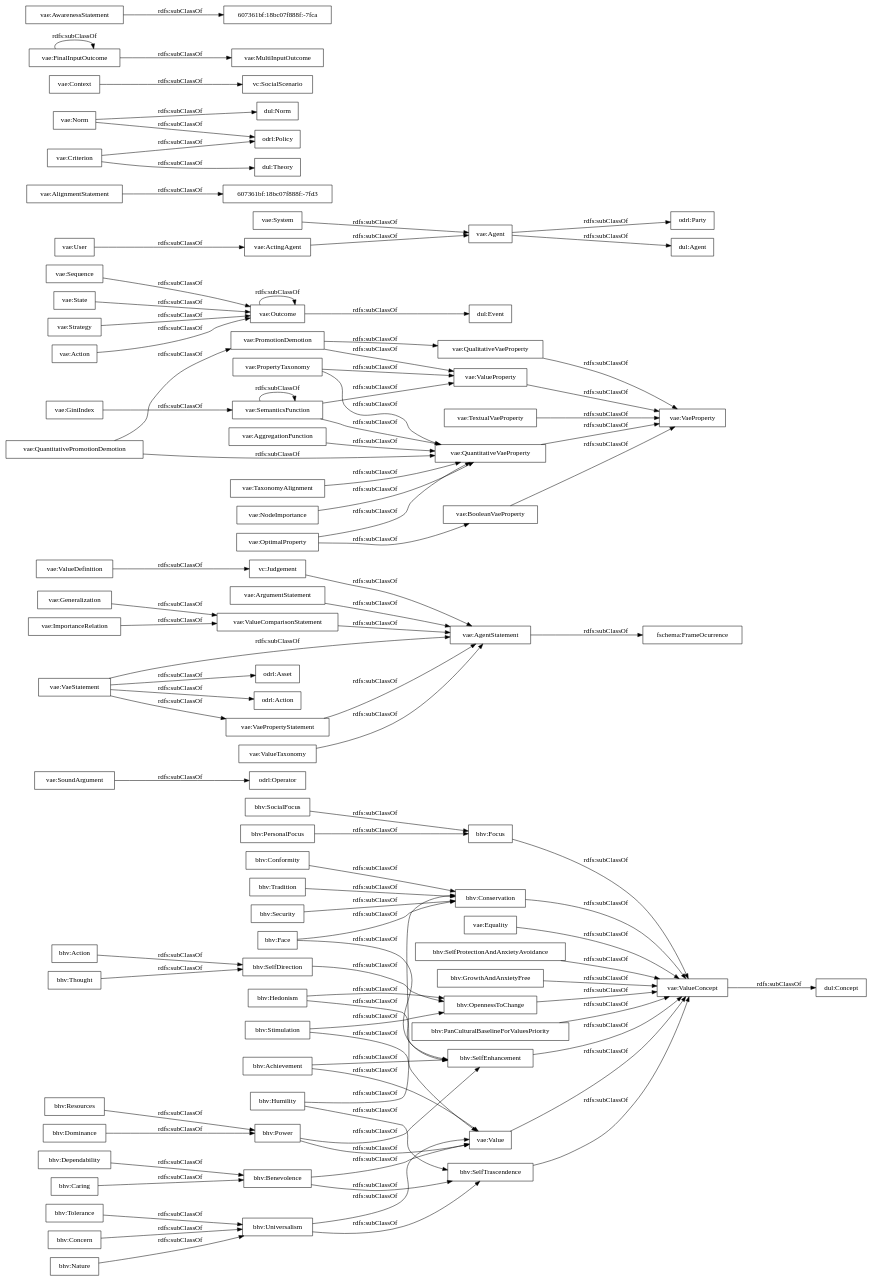
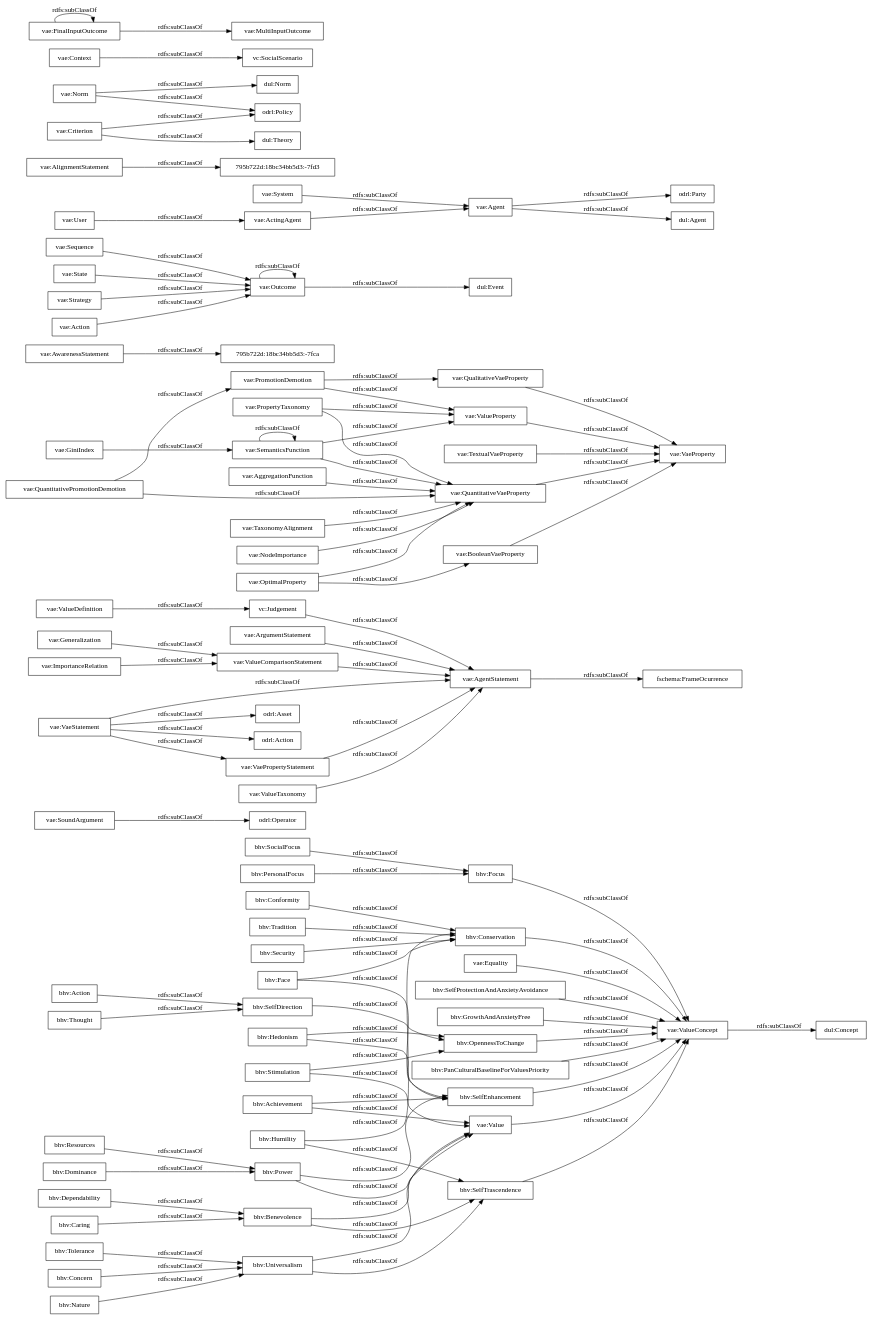
Before and after one commit to andresh26-uam/vae-ontology: the diagram in OnToology/vaeontology-v000.rdf/diagrams/ar2dtool-taxonomy/vaeontology-v000.rdf.png.dot, drawn with Graphviz. The commit also changed 17 other files, not shown here.

```diff
--- a/OnToology/vaeontology-v000.rdf/diagrams/ar2dtool-taxonomy/vaeontology-v000.rdf.png.dot
+++ b/OnToology/vaeontology-v000.rdf/diagrams/ar2dtool-taxonomy/vaeontology-v000.rdf.png.dot
@@ -1,102 +1,102 @@
 digraph ar2dtool_diagram { 
 rankdir=LR;
 size="1000"
-node [shape = rectangle, color="black"]; "bhv:Stimulation" "odrl:Operator" "vae:ValueDefinition" "vae:PropertyTaxonomy" "bhv:Tolerance" "vae:VaeProperty" "vae:QuantitativeVaeProperty" "vae:Sequence" "odrl:Party" "bhv:Tradition" "vae:Equality" "vae:AlignmentStatement" "bhv:SocialFocus" "dul:Norm" "vae:Context" "bhv:Dominance" "vae:Generalization" "vae:MultiInputOutcome" "vae:TextualVaeProperty" "vae:AwarenessStatement" "bhv:Security" "dul:Agent" "vae:AggregationFunction" "bhv:SelfDirection" "vc:SocialScenario" "vae:System" "vae:Outcome" "vae:AgentStatement" "vae:Value" "odrl:Policy" "dul:Theory" "bhv:SelfProtectionAndAnxietyAvoidance" "vae:Criterion" "fschema:FrameOcurrence" "vae:FinalInputOutcome" "vae:ArgumentStatement" "vae:ValueProperty" "vae:ValueComparisonStatement" "607361bf:18bc07f888f:-7fca" "dul:Concept" "bhv:Hedonism" "vae:VaeStatement" "odrl:Asset" "bhv:Concern" "vae:State" "vae:SoundArgument" "vae:ValueConcept" "bhv:GrowthAndAnxietyFree" "bhv:Thought" "bhv:Humility" "vae:QualitativeVaeProperty" "vae:Strategy" "bhv:Focus" "vae:ActingAgent" "bhv:Power" "bhv:Nature" "bhv:Benevolence" "bhv:Achievement" "vae:BooleanVaeProperty" "odrl:Action" "bhv:PanCulturalBaselineForValuesPriority" "vae:ImportanceRelation" "bhv:SelfTrascendence" "vae:Norm" "vae:OptimalProperty" "vae:TaxonomyAlignment" "bhv:Action" "bhv:Caring" "bhv:Resources" "bhv:Face" "vae:ValueTaxonomy" "vae:QuantitativePromotionDemotion" "vae:GiniIndex" "vae:User" "dul:Event" "bhv:Dependability" "bhv:Conformity" "607361bf:18bc07f888f:-7fd3" "vae:VaePropertyStatement" "bhv:Conservation" "vae:SemanticsFunction" "vae:Agent" "vae:PromotionDemotion" "vae:Action" "vae:NodeImportance" "bhv:Universalism" "vc:Judgement" "bhv:SelfEnhancement" "bhv:OpennessToChange" "bhv:PersonalFocus" ; /*classes style*/
+node [shape = rectangle, color="black"]; "bhv:Stimulation" "odrl:Operator" "vae:ValueDefinition" "vae:PropertyTaxonomy" "bhv:Tolerance" "vae:VaeProperty" "795b722d:18bc34bb5d3:-7fca" "vae:QuantitativeVaeProperty" "vae:Sequence" "odrl:Party" "bhv:Tradition" "vae:Equality" "vae:AlignmentStatement" "bhv:SocialFocus" "dul:Norm" "vae:Context" "bhv:Dominance" "vae:Generalization" "vae:MultiInputOutcome" "vae:TextualVaeProperty" "vae:AwarenessStatement" "bhv:Security" "dul:Agent" "vae:AggregationFunction" "bhv:SelfDirection" "vc:SocialScenario" "vae:System" "vae:AgentStatement" "vae:Outcome" "795b722d:18bc34bb5d3:-7fd3" "vae:Value" "odrl:Policy" "dul:Theory" "bhv:SelfProtectionAndAnxietyAvoidance" "vae:Criterion" "fschema:FrameOcurrence" "vae:FinalInputOutcome" "vae:ArgumentStatement" "vae:ValueProperty" "vae:ValueComparisonStatement" "dul:Concept" "bhv:Hedonism" "vae:VaeStatement" "odrl:Asset" "bhv:Concern" "vae:State" "vae:SoundArgument" "vae:ValueConcept" "bhv:GrowthAndAnxietyFree" "bhv:Thought" "bhv:Humility" "vae:QualitativeVaeProperty" "vae:Strategy" "bhv:Focus" "vae:ActingAgent" "bhv:Power" "bhv:Nature" "bhv:Benevolence" "bhv:Achievement" "vae:BooleanVaeProperty" "odrl:Action" "bhv:PanCulturalBaselineForValuesPriority" "vae:ImportanceRelation" "bhv:SelfTrascendence" "vae:Norm" "vae:OptimalProperty" "vae:TaxonomyAlignment" "bhv:Action" "bhv:Caring" "bhv:Resources" "bhv:Face" "vae:ValueTaxonomy" "vae:QuantitativePromotionDemotion" "vae:GiniIndex" "vae:User" "dul:Event" "bhv:Dependability" "bhv:Conformity" "vae:VaePropertyStatement" "bhv:Conservation" "vae:SemanticsFunction" "vae:Agent" "vae:PromotionDemotion" "vae:Action" "vae:NodeImportance" "bhv:Universalism" "vc:Judgement" "bhv:SelfEnhancement" "bhv:OpennessToChange" "bhv:PersonalFocus" ; /*classes style*/
 	"vae:GiniIndex" -> "vae:SemanticsFunction" [ label = "rdfs:subClassOf" ];
 	"vae:Strategy" -> "vae:Outcome" [ label = "rdfs:subClassOf" ];
 	"bhv:Face" -> "bhv:SelfEnhancement" [ label = "rdfs:subClassOf" ];
 	"bhv:Face" -> "bhv:Conservation" [ label = "rdfs:subClassOf" ];
 	"bhv:Universalism" -> "bhv:SelfTrascendence" [ label = "rdfs:subClassOf" ];
 	"bhv:Universalism" -> "vae:Value" [ label = "rdfs:subClassOf" ];
 	"bhv:Power" -> "bhv:SelfEnhancement" [ label = "rdfs:subClassOf" ];
 	"bhv:Power" -> "vae:Value" [ label = "rdfs:subClassOf" ];
 	"vae:Outcome" -> "vae:Outcome" [ label = "rdfs:subClassOf" ];
 	"vae:Outcome" -> "dul:Event" [ label = "rdfs:subClassOf" ];
 	"vae:ValueComparisonStatement" -> "vae:AgentStatement" [ label = "rdfs:subClassOf" ];
 	"vae:Sequence" -> "vae:Outcome" [ label = "rdfs:subClassOf" ];
 	"vae:Generalization" -> "vae:ValueComparisonStatement" [ label = "rdfs:subClassOf" ];
 	"vae:OptimalProperty" -> "vae:QuantitativeVaeProperty" [ label = "rdfs:subClassOf" ];
 	"vae:OptimalProperty" -> "vae:BooleanVaeProperty" [ label = "rdfs:subClassOf" ];
 	"vae:SemanticsFunction" -> "vae:ValueProperty" [ label = "rdfs:subClassOf" ];
 	"vae:SemanticsFunction" -> "vae:SemanticsFunction" [ label = "rdfs:subClassOf" ];
 	"vae:SemanticsFunction" -> "vae:QuantitativeVaeProperty" [ label = "rdfs:subClassOf" ];
 	"bhv:OpennessToChange" -> "vae:ValueConcept" [ label = "rdfs:subClassOf" ];
 	"vae:AgentStatement" -> "fschema:FrameOcurrence" [ label = "rdfs:subClassOf" ];
 	"vae:BooleanVaeProperty" -> "vae:VaeProperty" [ label = "rdfs:subClassOf" ];
 	"vae:Norm" -> "odrl:Policy" [ label = "rdfs:subClassOf" ];
 	"vae:Norm" -> "dul:Norm" [ label = "rdfs:subClassOf" ];
 	"bhv:Tolerance" -> "bhv:Universalism" [ label = "rdfs:subClassOf" ];
 	"bhv:Tradition" -> "bhv:Conservation" [ label = "rdfs:subClassOf" ];
 	"vae:ValueTaxonomy" -> "vae:AgentStatement" [ label = "rdfs:subClassOf" ];
 	"bhv:Nature" -> "bhv:Universalism" [ label = "rdfs:subClassOf" ];
 	"bhv:SelfTrascendence" -> "vae:ValueConcept" [ label = "rdfs:subClassOf" ];
 	"vae:VaeStatement" -> "vae:VaePropertyStatement" [ label = "rdfs:subClassOf" ];
 	"vae:VaeStatement" -> "vae:AgentStatement" [ label = "rdfs:subClassOf" ];
 	"vae:VaeStatement" -> "odrl:Asset" [ label = "rdfs:subClassOf" ];
 	"vae:VaeStatement" -> "odrl:Action" [ label = "rdfs:subClassOf" ];
 	"bhv:Resources" -> "bhv:Power" [ label = "rdfs:subClassOf" ];
 	"bhv:SocialFocus" -> "bhv:Focus" [ label = "rdfs:subClassOf" ];
 	"vae:Context" -> "vc:SocialScenario" [ label = "rdfs:subClassOf" ];
 	"bhv:Focus" -> "vae:ValueConcept" [ label = "rdfs:subClassOf" ];
 	"vae:Equality" -> "vae:ValueConcept" [ label = "rdfs:subClassOf" ];
 	"bhv:SelfEnhancement" -> "vae:ValueConcept" [ label = "rdfs:subClassOf" ];
 	"bhv:Benevolence" -> "bhv:SelfTrascendence" [ label = "rdfs:subClassOf" ];
 	"bhv:Benevolence" -> "vae:Value" [ label = "rdfs:subClassOf" ];
 	"bhv:Caring" -> "bhv:Benevolence" [ label = "rdfs:subClassOf" ];
 	"bhv:Concern" -> "bhv:Universalism" [ label = "rdfs:subClassOf" ];
 	"vae:Criterion" -> "odrl:Policy" [ label = "rdfs:subClassOf" ];
 	"vae:Criterion" -> "dul:Theory" [ label = "rdfs:subClassOf" ];
 	"vae:PromotionDemotion" -> "vae:ValueProperty" [ label = "rdfs:subClassOf" ];
 	"vae:PromotionDemotion" -> "vae:QualitativeVaeProperty" [ label = "rdfs:subClassOf" ];
 	"bhv:Achievement" -> "bhv:SelfEnhancement" [ label = "rdfs:subClassOf" ];
 	"bhv:Achievement" -> "vae:Value" [ label = "rdfs:subClassOf" ];
 	"bhv:GrowthAndAnxietyFree" -> "vae:ValueConcept" [ label = "rdfs:subClassOf" ];
 	"vae:System" -> "vae:Agent" [ label = "rdfs:subClassOf" ];
 	"vae:ArgumentStatement" -> "vae:AgentStatement" [ label = "rdfs:subClassOf" ];
 	"vae:ValueProperty" -> "vae:VaeProperty" [ label = "rdfs:subClassOf" ];
 	"bhv:Action" -> "bhv:SelfDirection" [ label = "rdfs:subClassOf" ];
 	"vae:NodeImportance" -> "vae:QuantitativeVaeProperty" [ label = "rdfs:subClassOf" ];
 	"vae:PropertyTaxonomy" -> "vae:ValueProperty" [ label = "rdfs:subClassOf" ];
 	"vae:PropertyTaxonomy" -> "vae:QuantitativeVaeProperty" [ label = "rdfs:subClassOf" ];
 	"vae:State" -> "vae:Outcome" [ label = "rdfs:subClassOf" ];
 	"bhv:Conservation" -> "vae:ValueConcept" [ label = "rdfs:subClassOf" ];
 	"vae:VaePropertyStatement" -> "vae:AgentStatement" [ label = "rdfs:subClassOf" ];
 	"vae:User" -> "vae:ActingAgent" [ label = "rdfs:subClassOf" ];
 	"vae:SoundArgument" -> "odrl:Operator" [ label = "rdfs:subClassOf" ];
 	"bhv:Security" -> "bhv:Conservation" [ label = "rdfs:subClassOf" ];
 	"bhv:Conformity" -> "bhv:Conservation" [ label = "rdfs:subClassOf" ];
 	"vc:Judgement" -> "vae:AgentStatement" [ label = "rdfs:subClassOf" ];
 	"bhv:Thought" -> "bhv:SelfDirection" [ label = "rdfs:subClassOf" ];
 	"vae:FinalInputOutcome" -> "vae:MultiInputOutcome" [ label = "rdfs:subClassOf" ];
 	"vae:FinalInputOutcome" -> "vae:FinalInputOutcome" [ label = "rdfs:subClassOf" ];
 	"bhv:SelfProtectionAndAnxietyAvoidance" -> "vae:ValueConcept" [ label = "rdfs:subClassOf" ];
 	"vae:ValueDefinition" -> "vc:Judgement" [ label = "rdfs:subClassOf" ];
 	"vae:TaxonomyAlignment" -> "vae:QuantitativeVaeProperty" [ label = "rdfs:subClassOf" ];
 	"bhv:Stimulation" -> "bhv:OpennessToChange" [ label = "rdfs:subClassOf" ];
 	"bhv:Stimulation" -> "vae:Value" [ label = "rdfs:subClassOf" ];
 	"vae:TextualVaeProperty" -> "vae:VaeProperty" [ label = "rdfs:subClassOf" ];
 	"vae:Action" -> "vae:Outcome" [ label = "rdfs:subClassOf" ];
 	"vae:AggregationFunction" -> "vae:QuantitativeVaeProperty" [ label = "rdfs:subClassOf" ];
-	"vae:AwarenessStatement" -> "607361bf:18bc07f888f:-7fca" [ label = "rdfs:subClassOf" ];
+	"vae:AwarenessStatement" -> "795b722d:18bc34bb5d3:-7fca" [ label = "rdfs:subClassOf" ];
 	"bhv:Dominance" -> "bhv:Power" [ label = "rdfs:subClassOf" ];
 	"vae:QualitativeVaeProperty" -> "vae:VaeProperty" [ label = "rdfs:subClassOf" ];
 	"vae:Agent" -> "odrl:Party" [ label = "rdfs:subClassOf" ];
 	"vae:Agent" -> "dul:Agent" [ label = "rdfs:subClassOf" ];
 	"bhv:PanCulturalBaselineForValuesPriority" -> "vae:ValueConcept" [ label = "rdfs:subClassOf" ];
 	"vae:Value" -> "vae:ValueConcept" [ label = "rdfs:subClassOf" ];
 	"vae:QuantitativeVaeProperty" -> "vae:VaeProperty" [ label = "rdfs:subClassOf" ];
 	"vae:QuantitativePromotionDemotion" -> "vae:QuantitativeVaeProperty" [ label = "rdfs:subClassOf" ];
 	"vae:QuantitativePromotionDemotion" -> "vae:PromotionDemotion" [ label = "rdfs:subClassOf" ];
 	"bhv:Dependability" -> "bhv:Benevolence" [ label = "rdfs:subClassOf" ];
 	"vae:ImportanceRelation" -> "vae:ValueComparisonStatement" [ label = "rdfs:subClassOf" ];
 	"vae:ValueConcept" -> "dul:Concept" [ label = "rdfs:subClassOf" ];
 	"bhv:Hedonism" -> "bhv:SelfEnhancement" [ label = "rdfs:subClassOf" ];
 	"bhv:Hedonism" -> "bhv:OpennessToChange" [ label = "rdfs:subClassOf" ];
 	"bhv:PersonalFocus" -> "bhv:Focus" [ label = "rdfs:subClassOf" ];
 	"bhv:SelfDirection" -> "bhv:OpennessToChange" [ label = "rdfs:subClassOf" ];
-	"vae:AlignmentStatement" -> "607361bf:18bc07f888f:-7fd3" [ label = "rdfs:subClassOf" ];
+	"vae:AlignmentStatement" -> "795b722d:18bc34bb5d3:-7fd3" [ label = "rdfs:subClassOf" ];
 	"vae:ActingAgent" -> "vae:Agent" [ label = "rdfs:subClassOf" ];
 	"bhv:Humility" -> "bhv:SelfTrascendence" [ label = "rdfs:subClassOf" ];
 	"bhv:Humility" -> "bhv:Conservation" [ label = "rdfs:subClassOf" ];
 
 }
```
